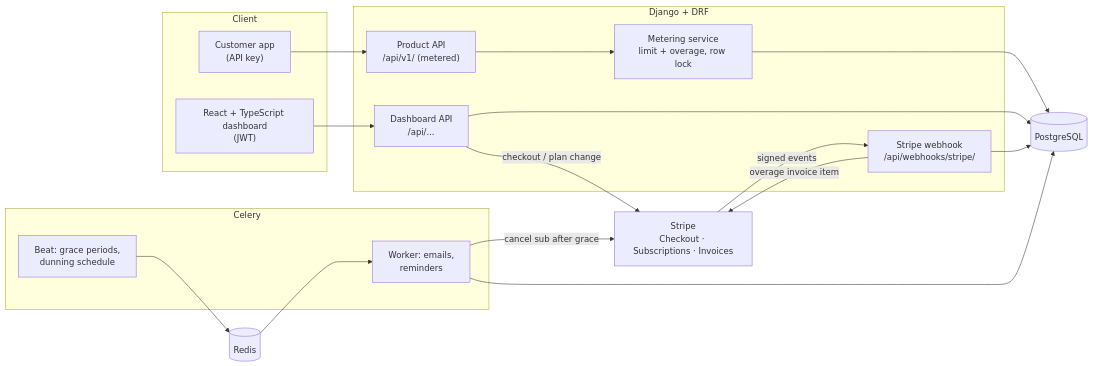
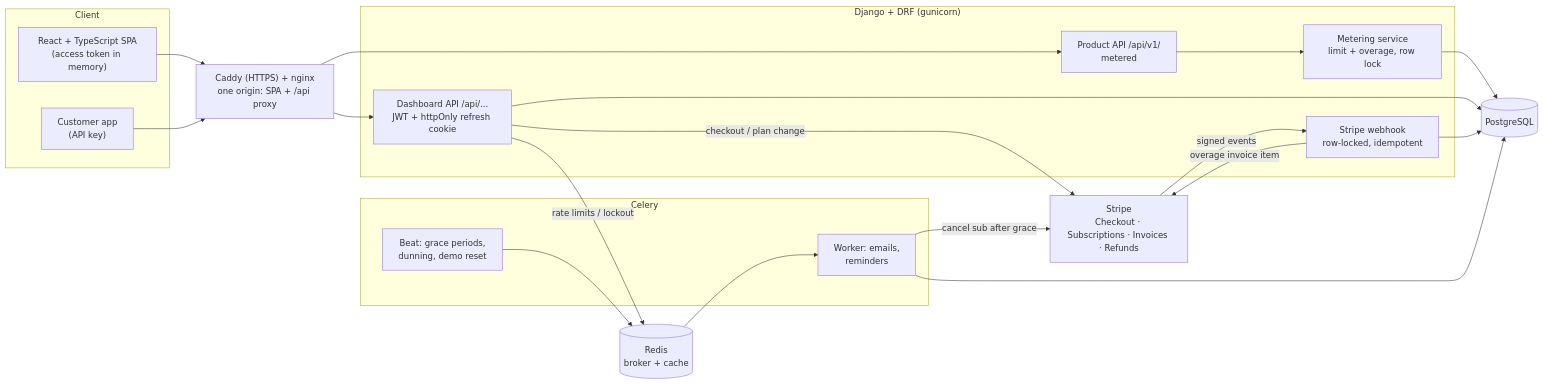
Before and after one commit to MuhammadHaseeb3112/Multi-Tenant-SaaS-Billing: the first of 3 diagrams in README.md, drawn with Mermaid. The commit also changed other lines of this file and 164 other files, not shown here.

````diff
--- a/README.md
+++ b/README.md
@@ -48,32 +61,35 @@
 ```mermaid
 flowchart LR
     subgraph Client
-        UI["React + TypeScript dashboard<br/>(JWT)"]
+        UI["React + TypeScript SPA<br/>(access token in memory)"]
         APP["Customer app<br/>(API key)"]
     end
 
-    subgraph Backend["Django + DRF"]
-        DASH["Dashboard API<br/>/api/..."]
-        PROD["Product API<br/>/api/v1/ (metered)"]
-        WH["Stripe webhook<br/>/api/webhooks/stripe/"]
+    EDGE["Caddy (HTTPS) + nginx<br/>one origin: SPA + /api proxy"]
+
+    subgraph Backend["Django + DRF (gunicorn)"]
+        DASH["Dashboard API /api/...<br/>JWT + httpOnly refresh cookie"]
+        PROD["Product API /api/v1/<br/>metered"]
+        WH["Stripe webhook<br/>row-locked, idempotent"]
         METER["Metering service<br/>limit + overage, row lock"]
     end
 
     subgraph Workers["Celery"]
-        BEAT["Beat: grace periods,<br/>dunning schedule"]
+        BEAT["Beat: grace periods,<br/>dunning, demo reset"]
         WORKER["Worker: emails,<br/>reminders"]
     end
 
     DB[("PostgreSQL")]
-    REDIS[("Redis")]
-    STRIPE["Stripe<br/>Checkout · Subscriptions · Invoices"]
+    REDIS[("Redis<br/>broker + cache")]
+    STRIPE["Stripe<br/>Checkout · Subscriptions · Invoices · Refunds"]
 
-    UI --> DASH
-    APP --> PROD --> METER --> DB
+    UI --> EDGE --> DASH
+    APP --> EDGE --> PROD --> METER --> DB
     DASH --> DB
+    DASH -- "rate limits / lockout" --> REDIS
     DASH -- "checkout / plan change" --> STRIPE
     STRIPE -- "signed events" --> WH --> DB
     WH -- "overage invoice item" --> STRIPE
     BEAT --> REDIS --> WORKER --> DB
     WORKER -- "cancel sub after grace" --> STRIPE
 ```
````
